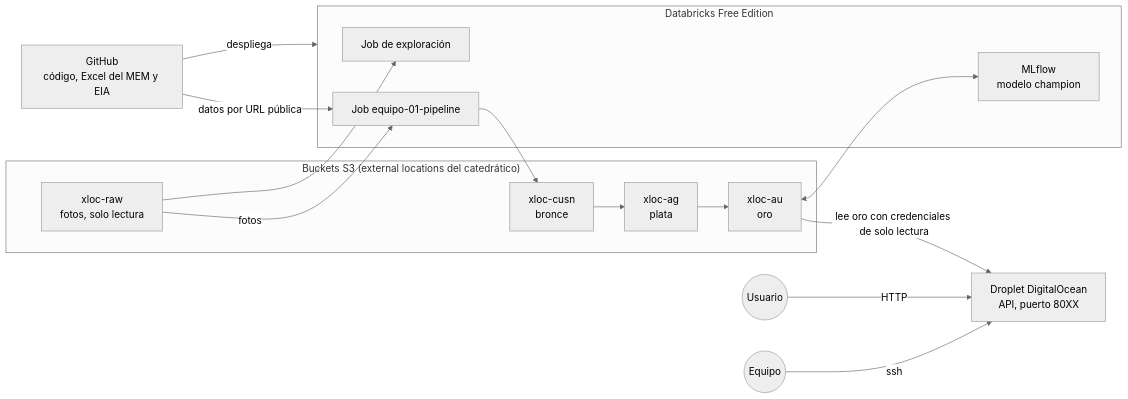
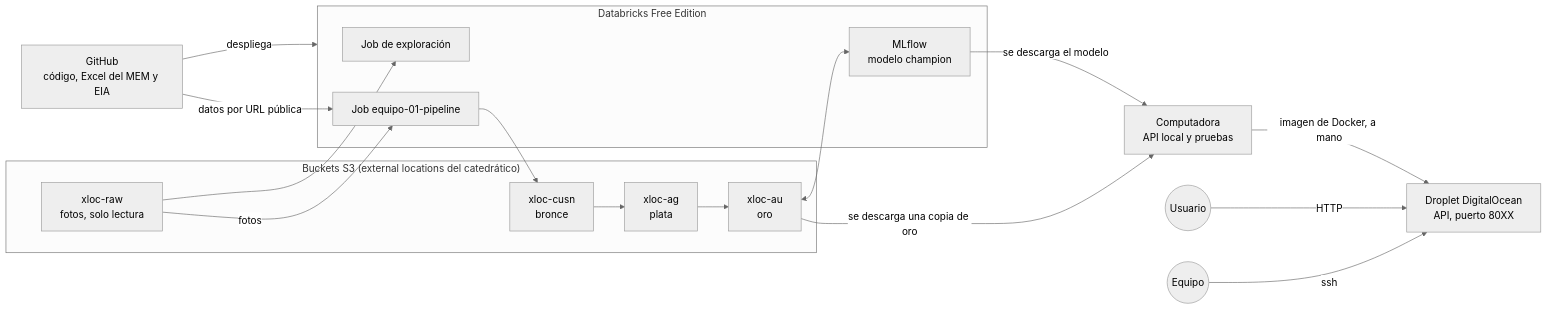
The first of 2 diagrams in docs/arquitectura/arquitectura.md (chuy-zip/MLOPS_GAS_PRICES_PROJECT), drawn with Mermaid (neutral theme) before and after one commit. The commit also changed other lines of this file and 13 other files, not shown here.

Commit message:
Documenta el trabajo en Databricks y agrega el script que descarga el modelo y oro para la API

````diff
--- a/docs/arquitectura/arquitectura.md
+++ b/docs/arquitectura/arquitectura.md
@@ -5,25 +5,27 @@
 ```mermaid
 flowchart LR
     subgraph S3["Buckets S3 (external locations del catedrático)"]
         RAW["xloc-raw<br/>fotos, solo lectura"]
         BR["xloc-cusn<br/>bronce"]
         PL["xloc-ag<br/>plata"]
         OR["xloc-au<br/>oro"]
     end
 
     subgraph DBX["Databricks Free Edition"]
         EXP["Job de exploración"]
         JOB["Job equipo-01-pipeline"]
         MLF["MLflow<br/>modelo champion"]
     end
 
     GH["GitHub<br/>código, Excel del MEM y EIA"] -- "despliega" --> DBX
     GH -- "datos por URL pública" --> JOB
     RAW --> EXP
     RAW -- "fotos" --> JOB
     JOB --> BR --> PL --> OR
     OR <--> MLF
-    OR -- "lee oro con credenciales de solo lectura" --> DROP["Droplet DigitalOcean<br/>API, puerto 80XX"]
+    MLF -- "se descarga el modelo" --> LOCAL["Computadora<br/>API local y pruebas"]
+    OR -- "se descarga una copia de oro" --> LOCAL
+    LOCAL -- "imagen de Docker, a mano" --> DROP["Droplet DigitalOcean<br/>API, puerto 80XX"]
     USER(("Usuario")) -- "HTTP" --> DROP
     DEV(("Equipo")) -- "ssh" --> DROP
 ```
````
